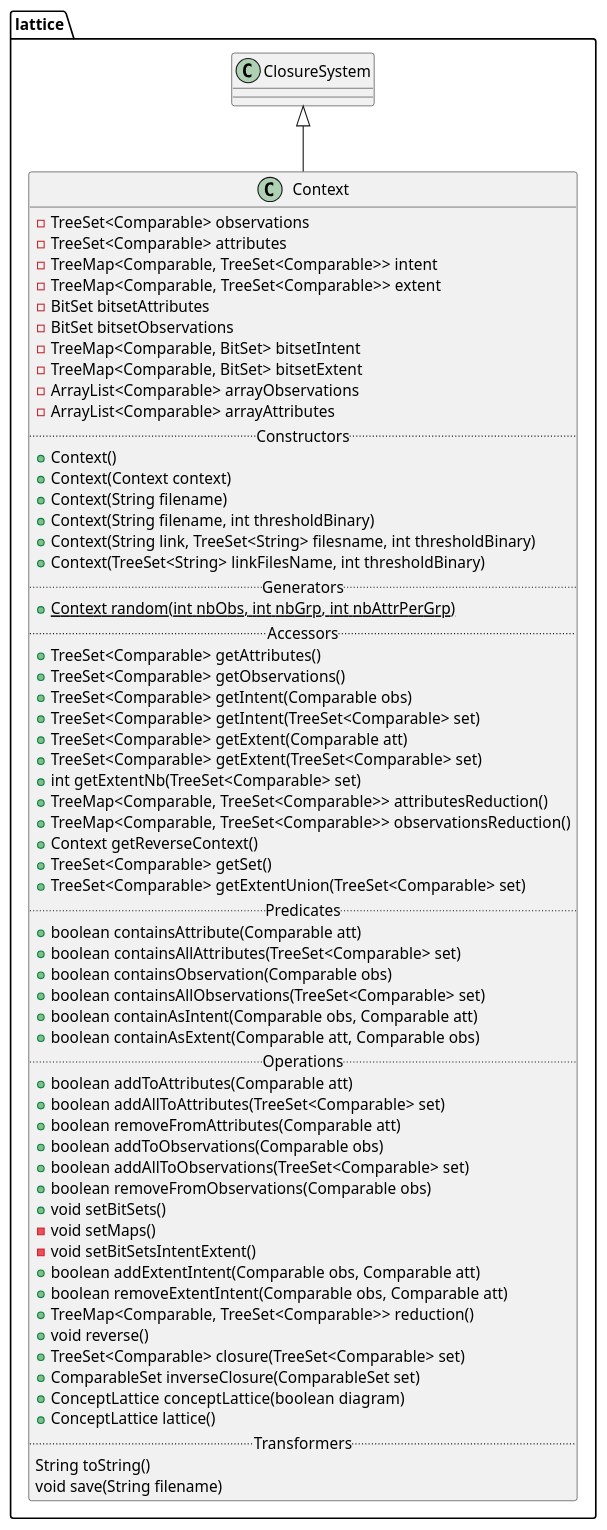
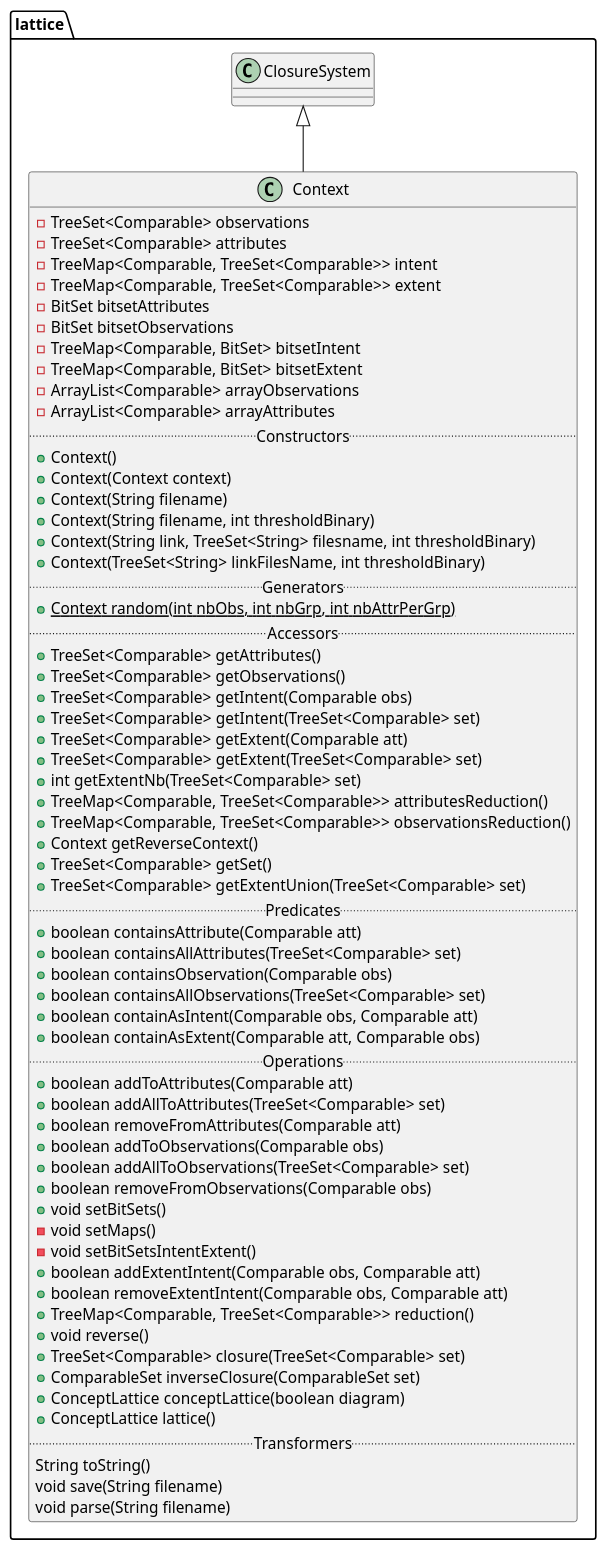
One commit to thegalactic/java-lattices changed the diagram in src/lattice/Context.iuml. Above: the diagram before and after it, drawn with PlantUML. The commit also changed 18 other files, not shown here.

```diff
--- a/src/lattice/Context.iuml
+++ b/src/lattice/Context.iuml
@@ -1,66 +1,67 @@
 package lattice {
     class Context {
         -TreeSet<Comparable> observations
         -TreeSet<Comparable> attributes
         -TreeMap<Comparable, TreeSet<Comparable>> intent
         -TreeMap<Comparable, TreeSet<Comparable>> extent
         -BitSet bitsetAttributes
         -BitSet bitsetObservations
         -TreeMap<Comparable, BitSet> bitsetIntent
         -TreeMap<Comparable, BitSet> bitsetExtent
         -ArrayList<Comparable> arrayObservations
         -ArrayList<Comparable> arrayAttributes
         .. Constructors ..
         +Context()
         +Context(Context context)
         +Context(String filename)
         +Context(String filename, int thresholdBinary)
         +Context(String link, TreeSet<String> filesname, int thresholdBinary)
         +Context(TreeSet<String> linkFilesName, int thresholdBinary)
         .. Generators ..
         {static}+Context random(int nbObs, int nbGrp, int nbAttrPerGrp)
         .. Accessors ..
         +TreeSet<Comparable> getAttributes()
         +TreeSet<Comparable> getObservations()
         +TreeSet<Comparable> getIntent(Comparable obs)
         +TreeSet<Comparable> getIntent(TreeSet<Comparable> set)
         +TreeSet<Comparable> getExtent(Comparable att)
         +TreeSet<Comparable> getExtent(TreeSet<Comparable> set)
         +int getExtentNb(TreeSet<Comparable> set)
         +TreeMap<Comparable, TreeSet<Comparable>> attributesReduction()
         +TreeMap<Comparable, TreeSet<Comparable>> observationsReduction()
         +Context getReverseContext()
         +TreeSet<Comparable> getSet()
         +TreeSet<Comparable> getExtentUnion(TreeSet<Comparable> set)
         .. Predicates ..
         +boolean containsAttribute(Comparable att)
         +boolean containsAllAttributes(TreeSet<Comparable> set)
         +boolean containsObservation(Comparable obs)
         +boolean containsAllObservations(TreeSet<Comparable> set)
         +boolean containAsIntent(Comparable obs, Comparable att)
         +boolean containAsExtent(Comparable att, Comparable obs)
         .. Operations ..
         +boolean addToAttributes(Comparable att)
         +boolean addAllToAttributes(TreeSet<Comparable> set)
         +boolean removeFromAttributes(Comparable att)
         +boolean addToObservations(Comparable obs)
         +boolean addAllToObservations(TreeSet<Comparable> set)
         +boolean removeFromObservations(Comparable obs)
         +void setBitSets()
         -void setMaps()
         -void setBitSetsIntentExtent()
         +boolean addExtentIntent(Comparable obs, Comparable att)
         +boolean removeExtentIntent(Comparable obs, Comparable att)
         +TreeMap<Comparable, TreeSet<Comparable>> reduction()
         +void reverse()
         +TreeSet<Comparable> closure(TreeSet<Comparable> set)
         +ComparableSet inverseClosure(ComparableSet set)
         +ConceptLattice conceptLattice(boolean  diagram)
         +ConceptLattice lattice()
         .. Transformers ..
         String toString()
         void save(String filename)
+        void parse(String filename)
     }
 
     ClosureSystem <|-- Context
 }
```
